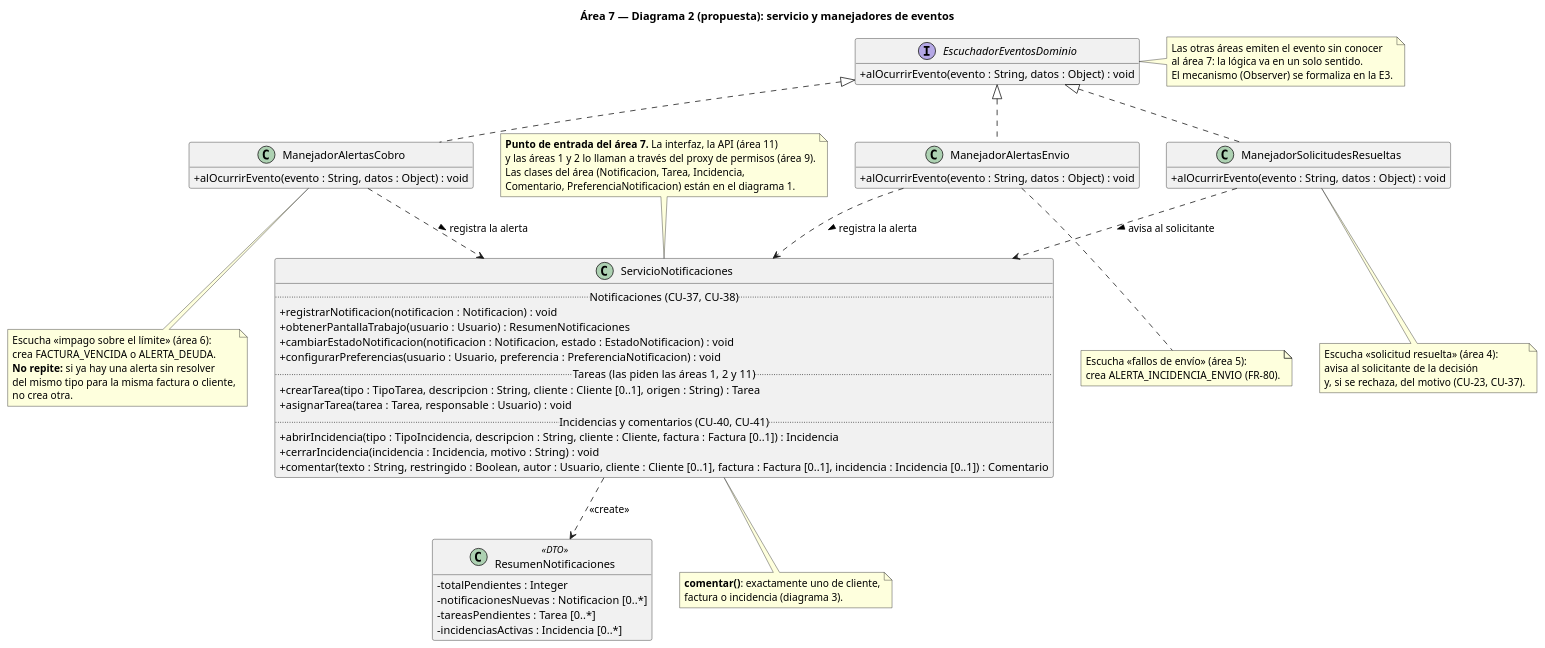
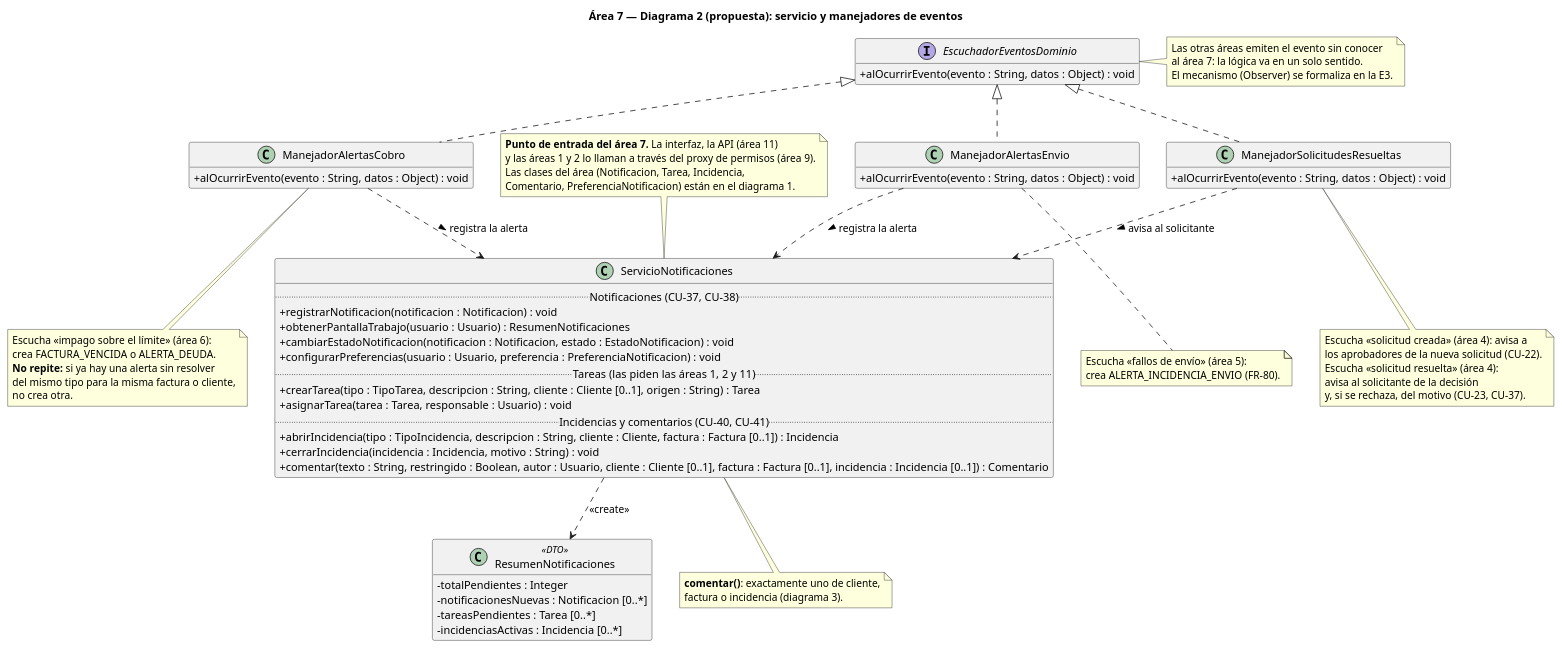
The diagram in Entrega2_GrupoBebes/entrega2/diagramas/clases/area07/area7_2_patrones_notificaciones.puml (naybetaomar/AyDA-ProyectoBebes), drawn with PlantUML before and after one commit. The commit also changed 38 other files, not shown here.

```diff
--- a/Entrega2_GrupoBebes/entrega2/diagramas/clases/area07/area7_2_patrones_notificaciones.puml
+++ b/Entrega2_GrupoBebes/entrega2/diagramas/clases/area07/area7_2_patrones_notificaciones.puml
@@ -1,86 +1,88 @@
 @startuml area7_2
 skinparam classAttributeIconSize 0
 hide empty members
 title Área 7 — Diagrama 2 (propuesta): servicio y manejadores de eventos
 
 class ServicioNotificaciones {
   .. Notificaciones (CU-37, CU-38) ..
   + registrarNotificacion(notificacion : Notificacion) : void
   + obtenerPantallaTrabajo(usuario : Usuario) : ResumenNotificaciones
   + cambiarEstadoNotificacion(notificacion : Notificacion, estado : EstadoNotificacion) : void
   + configurarPreferencias(usuario : Usuario, preferencia : PreferenciaNotificacion) : void
   .. Tareas (las piden las áreas 1, 2 y 11) ..
   + crearTarea(tipo : TipoTarea, descripcion : String, cliente : Cliente [0..1], origen : String) : Tarea
   + asignarTarea(tarea : Tarea, responsable : Usuario) : void
   .. Incidencias y comentarios (CU-40, CU-41) ..
   + abrirIncidencia(tipo : TipoIncidencia, descripcion : String, cliente : Cliente, factura : Factura [0..1]) : Incidencia
   + cerrarIncidencia(incidencia : Incidencia, motivo : String) : void
   + comentar(texto : String, restringido : Boolean, autor : Usuario, cliente : Cliente [0..1], factura : Factura [0..1], incidencia : Incidencia [0..1]) : Comentario
 }
 
 class ResumenNotificaciones <<DTO>> {
   - totalPendientes : Integer
   - notificacionesNuevas : Notificacion [0..*]
   - tareasPendientes : Tarea [0..*]
   - incidenciasActivas : Incidencia [0..*]
 }
 
 interface EscuchadorEventosDominio {
   + alOcurrirEvento(evento : String, datos : Object) : void
 }
 
 class ManejadorAlertasCobro {
   + alOcurrirEvento(evento : String, datos : Object) : void
 }
 class ManejadorAlertasEnvio {
   + alOcurrirEvento(evento : String, datos : Object) : void
 }
 class ManejadorSolicitudesResueltas {
   + alOcurrirEvento(evento : String, datos : Object) : void
 }
 
 EscuchadorEventosDominio <|.. ManejadorAlertasCobro
 EscuchadorEventosDominio <|.. ManejadorAlertasEnvio
 EscuchadorEventosDominio <|.. ManejadorSolicitudesResueltas
 ManejadorAlertasCobro ..> ServicioNotificaciones : registra la alerta >
 ManejadorAlertasEnvio ..> ServicioNotificaciones : registra la alerta >
 ManejadorSolicitudesResueltas ..> ServicioNotificaciones : avisa al solicitante >
 ServicioNotificaciones ..> ResumenNotificaciones : <<create>>
 
 note top of ServicioNotificaciones
   **Punto de entrada del área 7.** La interfaz, la API (área 11)
   y las áreas 1 y 2 lo llaman a través del proxy de permisos (área 9).
   Las clases del área (Notificacion, Tarea, Incidencia,
   Comentario, PreferenciaNotificacion) están en el diagrama 1.
 end note
 
 note bottom of ManejadorAlertasCobro
   Escucha «impago sobre el límite» (área 6):
   crea FACTURA_VENCIDA o ALERTA_DEUDA.
   **No repite:** si ya hay una alerta sin resolver
   del mismo tipo para la misma factura o cliente,
   no crea otra.
 end note
 
 note bottom of ManejadorAlertasEnvio
   Escucha «fallos de envío» (área 5):
   crea ALERTA_INCIDENCIA_ENVIO (FR-80).
 end note
 
 note bottom of ManejadorSolicitudesResueltas
+  Escucha «solicitud creada» (área 4): avisa a
+  los aprobadores de la nueva solicitud (CU-22).
   Escucha «solicitud resuelta» (área 4):
   avisa al solicitante de la decisión
   y, si se rechaza, del motivo (CU-23, CU-37).
 end note
 
 note right of EscuchadorEventosDominio
   Las otras áreas emiten el evento sin conocer
   al área 7: la lógica va en un solo sentido.
   El mecanismo (Observer) se formaliza en la E3.
 end note
 
 note bottom of ServicioNotificaciones
   **comentar()**: exactamente uno de cliente,
   factura o incidencia (diagrama 3).
 end note
 @enduml
```
